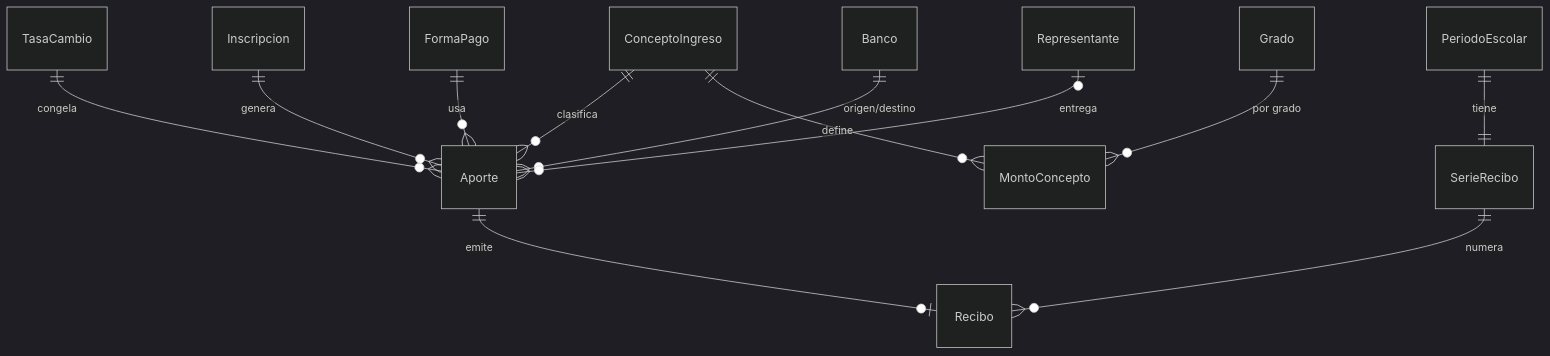
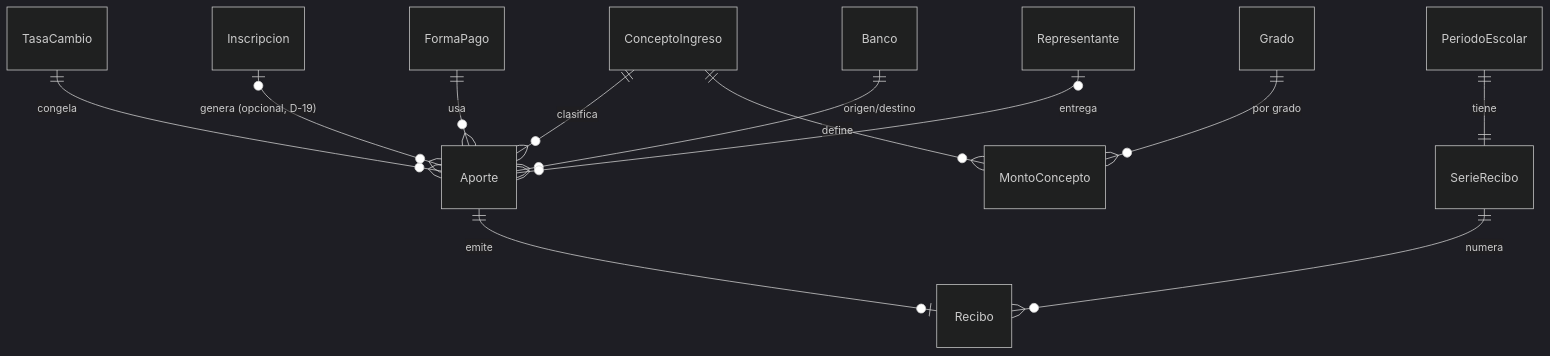
The diagram in docs/MODELOS_cambio_ingresos.md (darwinjoelap/edumia), drawn with Mermaid (dark theme) before and after one commit. The commit also changed other lines of this file and 58 other files, not shown here.

````diff
--- a/docs/MODELOS_cambio_ingresos.md
+++ b/docs/MODELOS_cambio_ingresos.md
@@ -157,14 +158,14 @@
 ```mermaid
 erDiagram
   TasaCambio ||--o{ Aporte : "congela"
   ConceptoIngreso ||--o{ Aporte : clasifica
   ConceptoIngreso ||--o{ MontoConcepto : define
   Grado ||--o{ MontoConcepto : "por grado"
-  Inscripcion ||--o{ Aporte : genera
+  Inscripcion |o--o{ Aporte : "genera (opcional, D-19)"
   FormaPago ||--o{ Aporte : usa
   Banco ||--o{ Aporte : "origen/destino"
   Representante |o--o{ Aporte : entrega
   Aporte ||--o| Recibo : emite
   SerieRecibo ||--o{ Recibo : numera
   PeriodoEscolar ||--|| SerieRecibo : tiene
 ```
````
